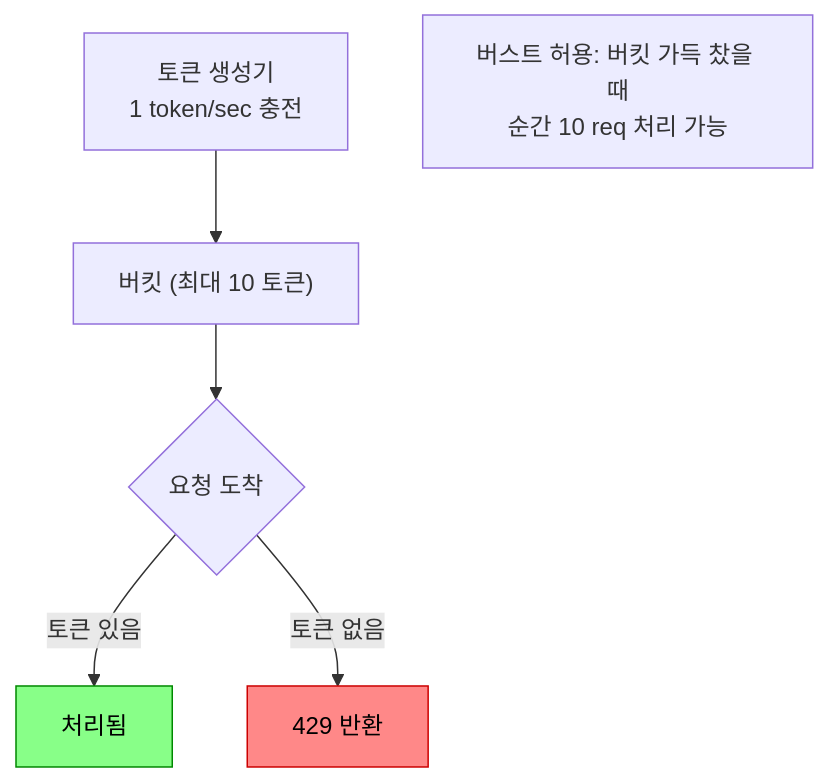
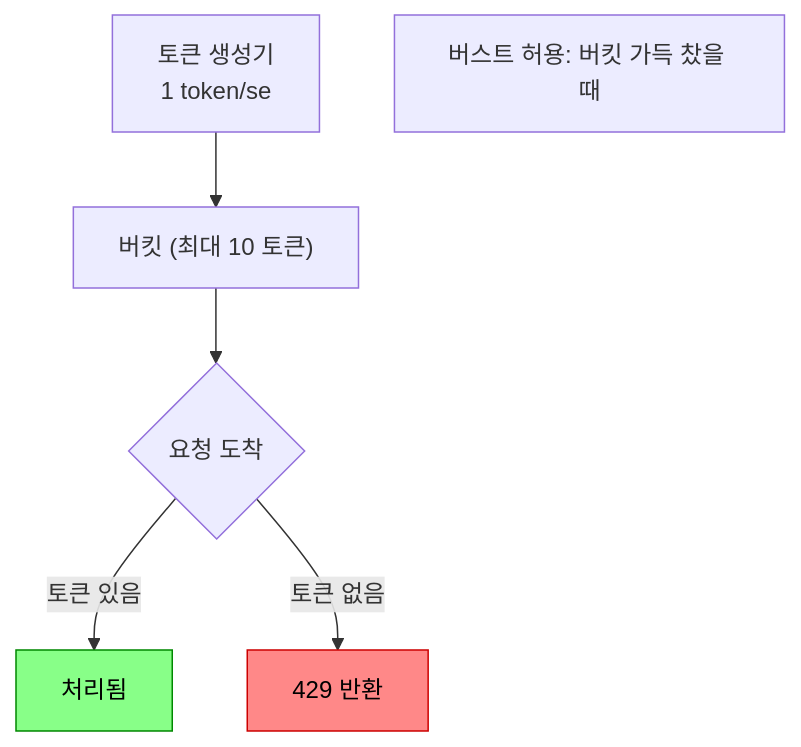
The sixth of 13 diagrams in _posts/spring/2026-05-01-rate-limiting.md (yjkim2015/yjkim2015.github.io), drawn with Mermaid before and after one commit. The commit also changed other lines of this file and 271 other files, not shown here.

First line of the commit message:
Mermaid 라벨 축소: 긴 노드 텍스트 18자 이하로 트림 + \n 제거

````diff
--- a/_posts/spring/2026-05-01-rate-limiting.md
+++ b/_posts/spring/2026-05-01-rate-limiting.md
@@ -181,11 +181,11 @@
 ```mermaid
 graph TD
-    GEN["토큰 생성기\n1 token/sec 충전"]
+    GEN["토큰 생성기\n1 token/se"]
     GEN --> BKT["버킷 (최대 10 토큰)"]
     BKT --> REQ{"요청 도착"}
     REQ -->|"토큰 있음"| OK["처리됨"]
     REQ -->|"토큰 없음"| DENY["429 반환"]
-    NOTE["버스트 허용: 버킷 가득 찼을 때\n순간 10 req 처리 가능"]
+    NOTE["버스트 허용: 버킷 가득 찼을 때"]
     style OK fill:#8f8,stroke:#080,color:#000
     style DENY fill:#f88,stroke:#c00,color:#000
 ```
````
